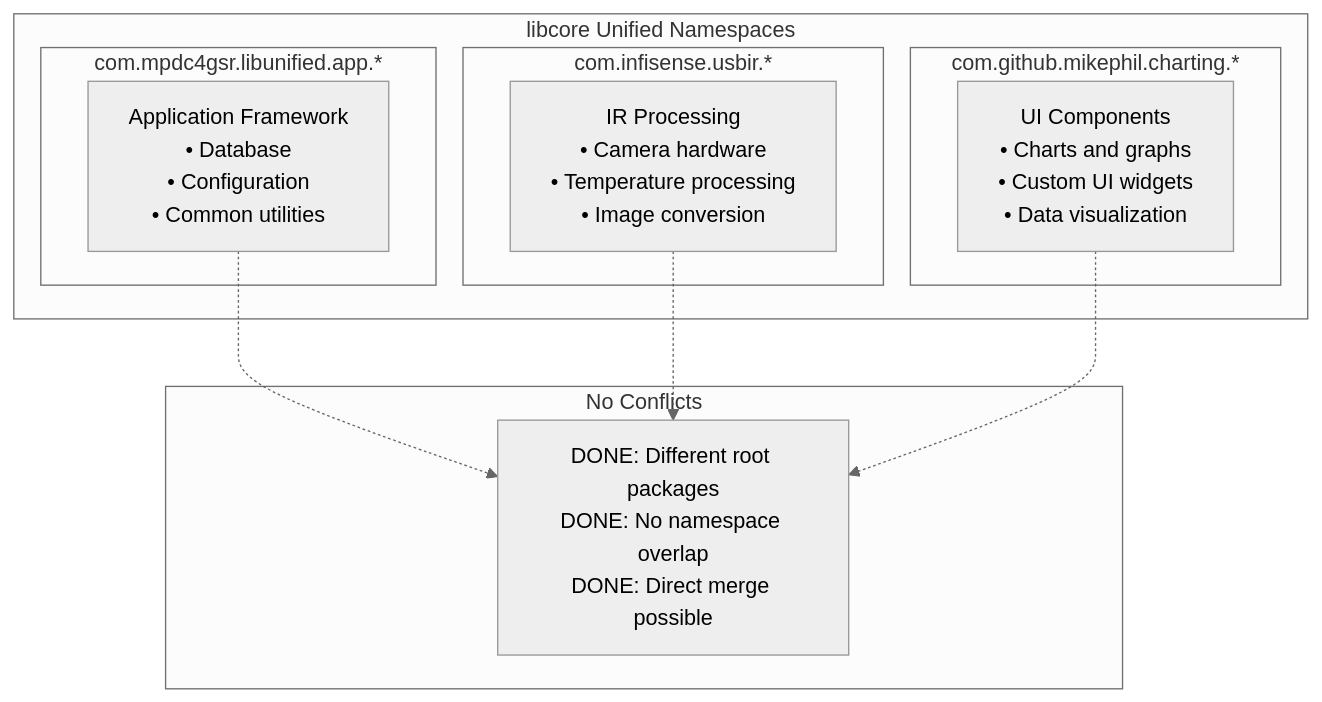
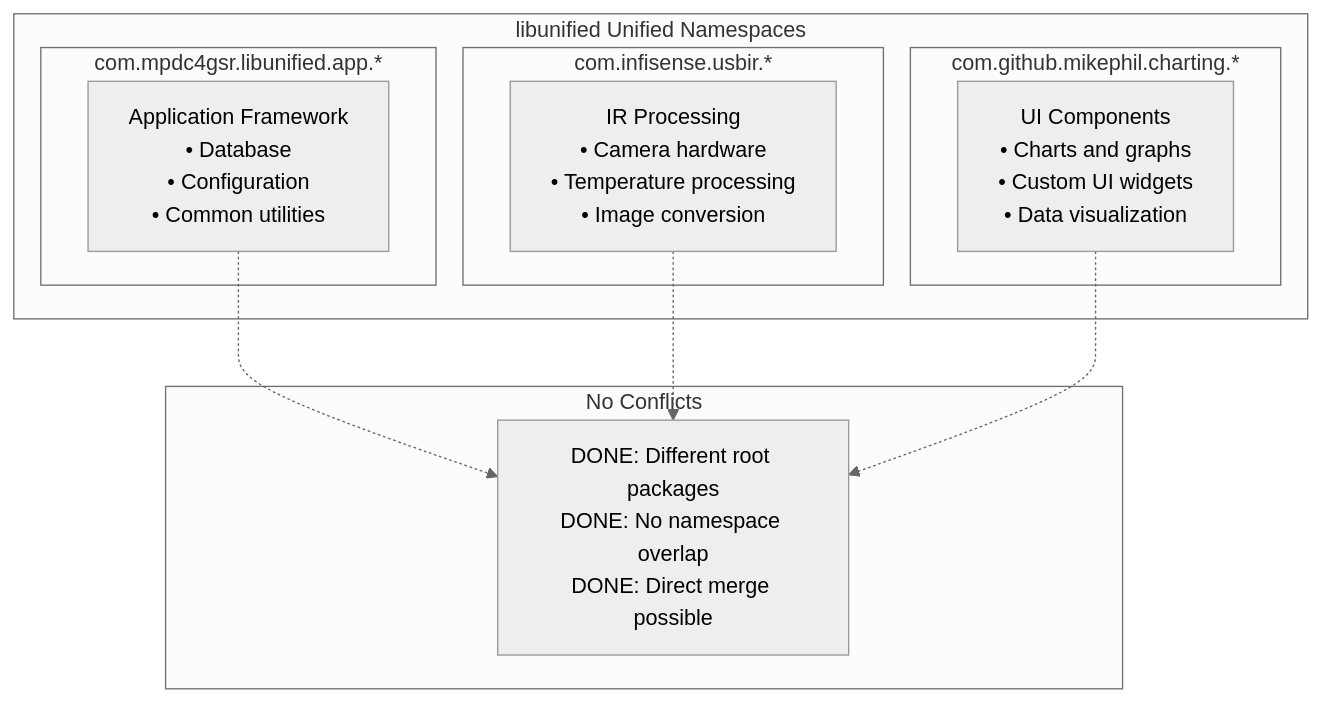
Before and after one commit to uclgsr/IRCamera: the tenth of 13 diagrams in MERMAID_DIAGRAMS.md, drawn with Mermaid (neutral theme). The commit also changed other lines of this file and 2 other files, not shown here.

Commit message:
Complete emoji removal and fix remaining libcore references

````diff
--- a/MERMAID_DIAGRAMS.md
+++ b/MERMAID_DIAGRAMS.md
@@ -529,24 +529,24 @@
 ```mermaid
 graph TB
-    subgraph "libcore Unified Namespaces"
+    subgraph "libunified Unified Namespaces"
         subgraph "com.mpdc4gsr.libunified.app.*"
             AppFramework[Application Framework<br/>• Database<br/>• Configuration<br/>• Common utilities]
         end
         
         subgraph "com.infisense.usbir.*"
             IRProcessing[IR Processing<br/>• Camera hardware<br/>• Temperature processing<br/>• Image conversion]
         end
         
         subgraph "com.github.mikephil.charting.*"
             UIComponents[UI Components<br/>• Charts and graphs<br/>• Custom UI widgets<br/>• Data visualization]
         end
     end
     
     subgraph "No Conflicts"
         NoConflicts[DONE: Different root packages<br/>DONE: No namespace overlap<br/>DONE: Direct merge possible]
     end
     
     AppFramework -.-> NoConflicts
     IRProcessing -.-> NoConflicts
     UIComponents -.-> NoConflicts
 ```
````
